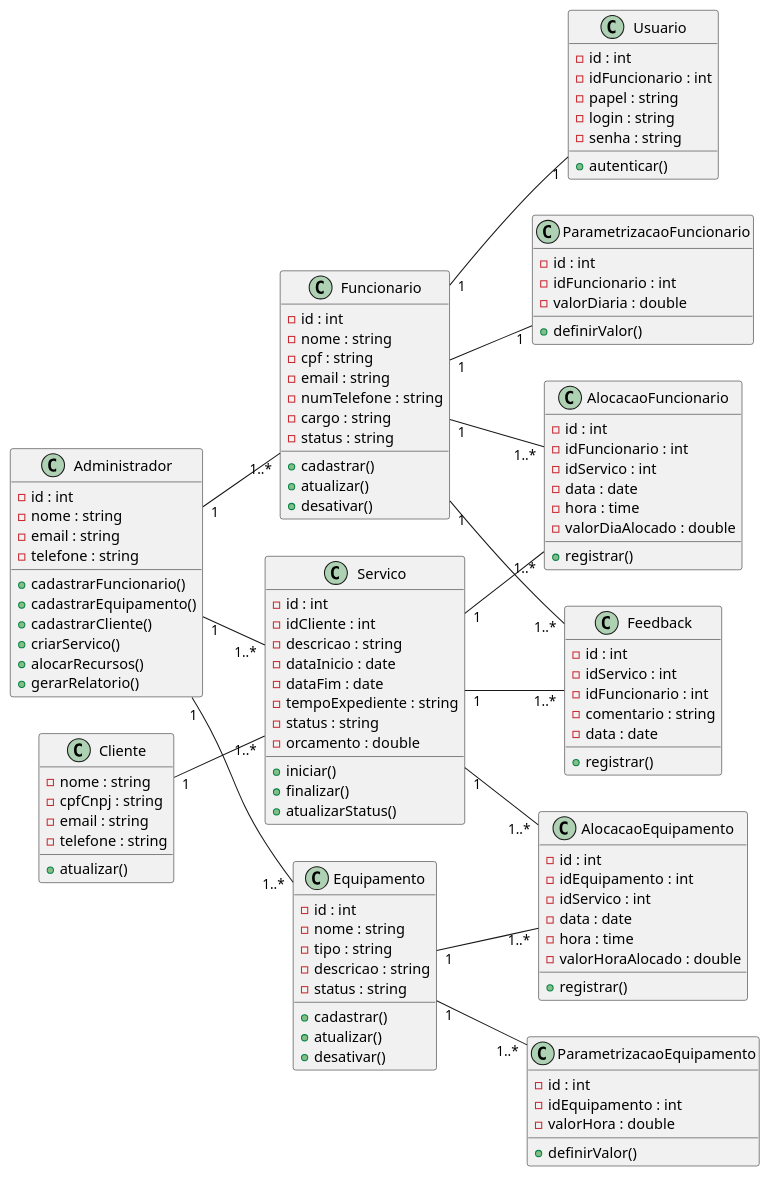
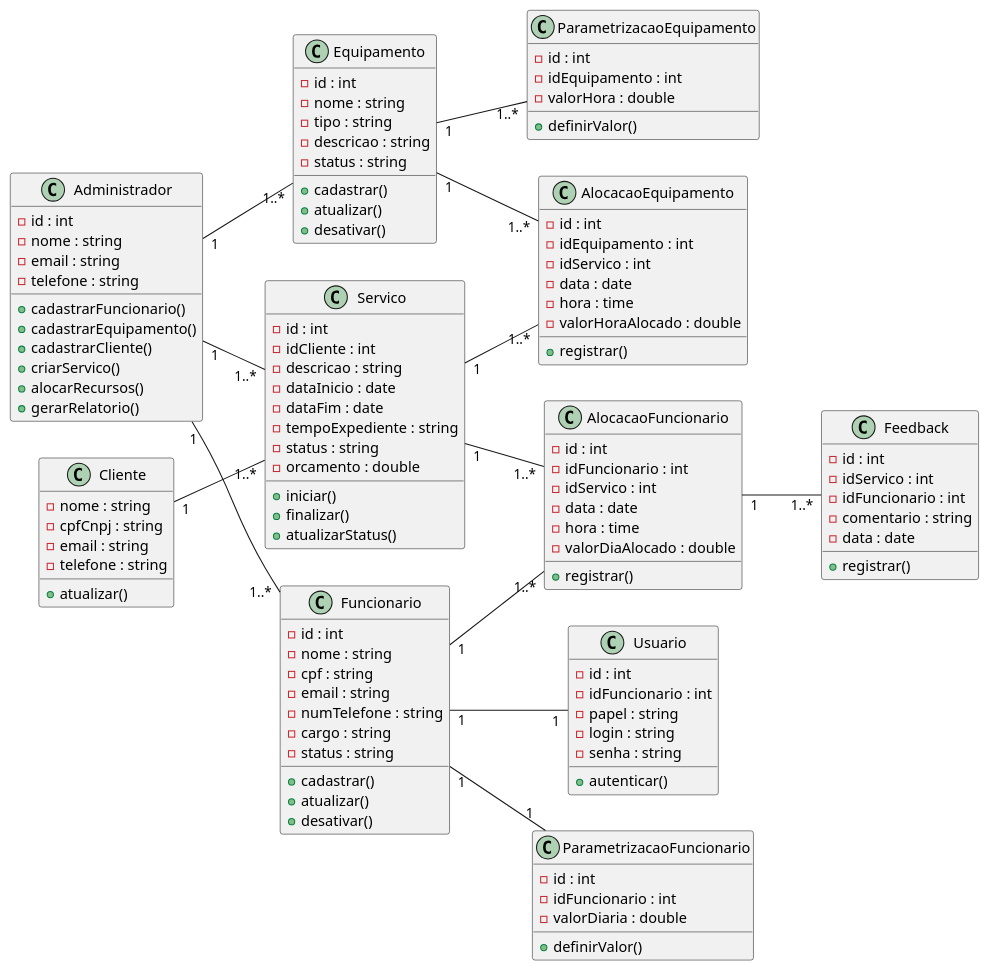
The diagram in Documentação/DiagramaClasses.puml (IcoEzequiel/2PiStudio_EstSuper), drawn with PlantUML before and after one commit. The commit also changed 1 other file, not shown here.

Commit message:
Correção dos diagramas

```diff
--- a/Documentação/DiagramaClasses.puml
+++ b/Documentação/DiagramaClasses.puml
@@ -1,133 +1,133 @@
 @startuml
 left to right direction
 
 class Administrador {
     - id : int
     - nome : string
     - email : string
     - telefone : string
     + cadastrarFuncionario()
     + cadastrarEquipamento()
     + cadastrarCliente()
     + criarServico()
     + alocarRecursos()
     + gerarRelatorio()
 }
 
 class Funcionario {
   - id : int
   - nome : string
   - cpf : string
   - email : string
   - numTelefone : string
   - cargo : string
   - status : string
   + cadastrar()
   + atualizar()
   + desativar()
 }
 
 class Equipamento {
   - id : int
   - nome : string
   - tipo : string
   - descricao : string
   - status : string
   + cadastrar()
   + atualizar()
   + desativar()
 }
 
 class ParametrizacaoFuncionario {
   - id : int
   - idFuncionario : int
   - valorDiaria : double
   + definirValor()
 }
 
 class ParametrizacaoEquipamento {
   - id : int
   - idEquipamento : int
   - valorHora : double
   + definirValor()
 }
 
 class Cliente {
   - nome : string
   - cpfCnpj : string
   - email : string
   - telefone : string
   + atualizar()
 }
 
 class Servico {
   - id : int
   - idCliente : int
   - descricao : string
   - dataInicio : date
   - dataFim : date
   - tempoExpediente : string
   - status : string
   - orcamento : double
   + iniciar()
   + finalizar()
   + atualizarStatus()
 }
 
 class AlocacaoFuncionario {
   - id : int
   - idFuncionario : int
   - idServico : int
   - data : date
   - hora : time
   - valorDiaAlocado : double
   + registrar()
 }
 
 class AlocacaoEquipamento {
   - id : int
   - idEquipamento : int
   - idServico : int
   - data : date
   - hora : time
   - valorHoraAlocado : double
   + registrar()
 }
 
 class Feedback {
   - id : int
   - idServico : int
   - idFuncionario : int
   - comentario : string
   - data : date
   + registrar()
 }
 
 class Usuario {
   - id : int
   - idFuncionario : int
   - papel : string
   - login : string
   - senha : string
   + autenticar()
 }
 
 'Relacionamentos principais
 Administrador "1" -- "1..*" Funcionario
 Administrador "1" -- "1..*" Equipamento
 Administrador "1" -- "1..*" Servico
 
 Funcionario "1" -- "1" ParametrizacaoFuncionario
 Funcionario "1" -- "1..*" AlocacaoFuncionario
-Funcionario "1" -- "1..*" Feedback
 Funcionario "1" -- "1" Usuario
 
 Equipamento "1" -- "1..*" AlocacaoEquipamento
 Equipamento "1" -- "1..*" ParametrizacaoEquipamento
 
 Cliente "1" -- "1..*" Servico
 
 Servico "1" -- "1..*" AlocacaoFuncionario
 Servico "1" -- "1..*" AlocacaoEquipamento
-Servico "1" -- "1..*" Feedback
+
+AlocacaoFuncionario "1" -- "1..*" Feedback
 @enduml
```
